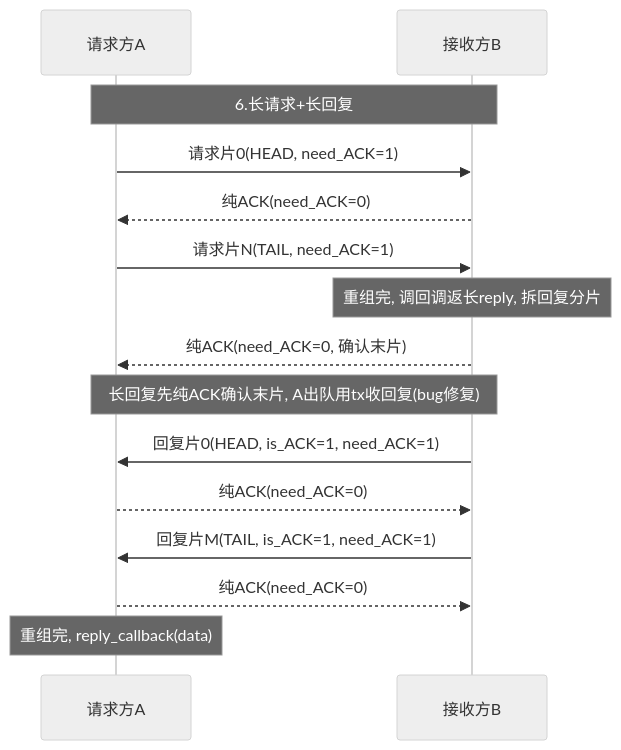
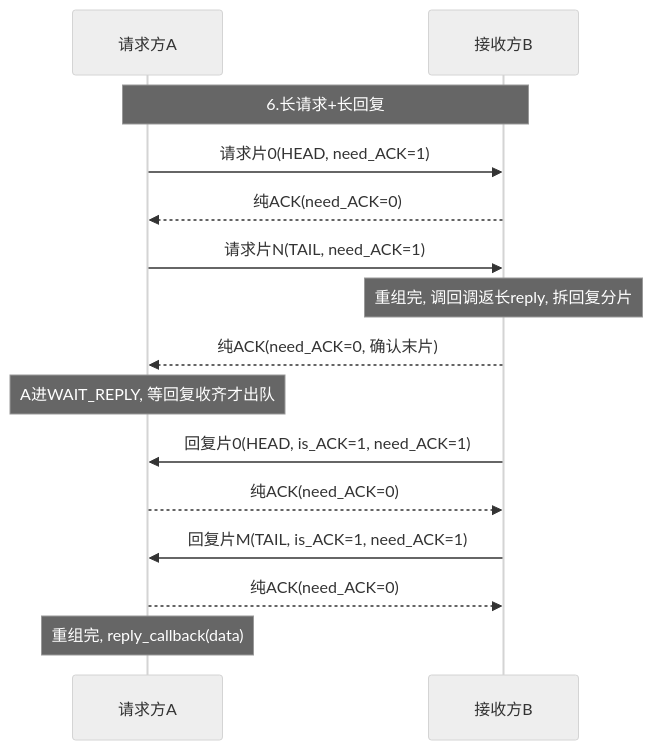
Before and after one commit to Siaiai/ObsidianNote: the sixth of 13 diagrams in 工作/项目/代码/260401S3分拣面板-SIA-R9000P.md, drawn with Mermaid (neutral theme). The commit also changed other lines of this file, not shown here.

````diff
--- a/工作/项目/代码/260401S3分拣面板-SIA-R9000P.md
+++ b/工作/项目/代码/260401S3分拣面板-SIA-R9000P.md
@@ -141,17 +142,17 @@
 ```mermaid
 sequenceDiagram
     participant A as 请求方A
     participant B as 接收方B
     Note over A,B: 6.长请求+长回复
     A->>B: 请求片0(HEAD, need_ACK=1)
     B-->>A: 纯ACK(need_ACK=0)
     A->>B: 请求片N(TAIL, need_ACK=1)
     Note over B: 重组完, 调回调返长reply, 拆回复分片
     B-->>A: 纯ACK(need_ACK=0, 确认末片)
-    Note over A,B: 长回复先纯ACK确认末片, A出队用tx收回复(bug修复)
+    Note over A: A进WAIT_REPLY, 等回复收齐才出队
     B->>A: 回复片0(HEAD, is_ACK=1, need_ACK=1)
     A-->>B: 纯ACK(need_ACK=0)
     B->>A: 回复片M(TAIL, is_ACK=1, need_ACK=1)
     A-->>B: 纯ACK(need_ACK=0)
     Note over A: 重组完, reply_callback(data)
 ```
````
